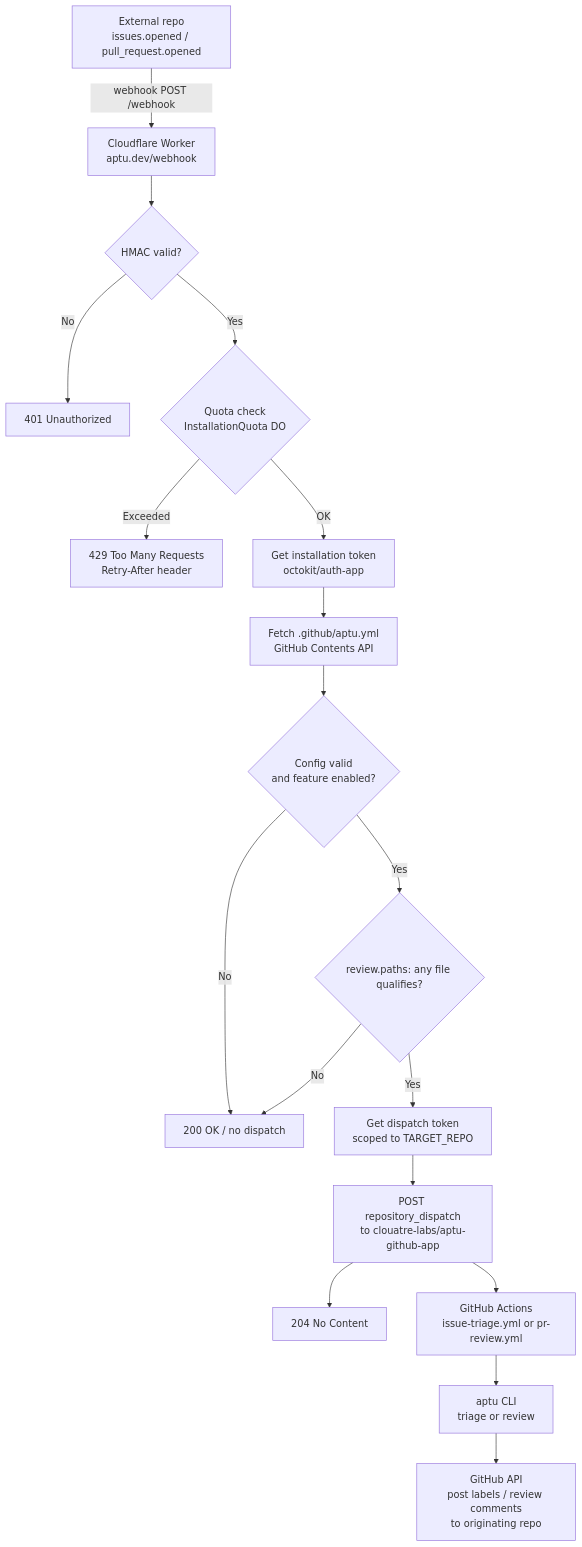
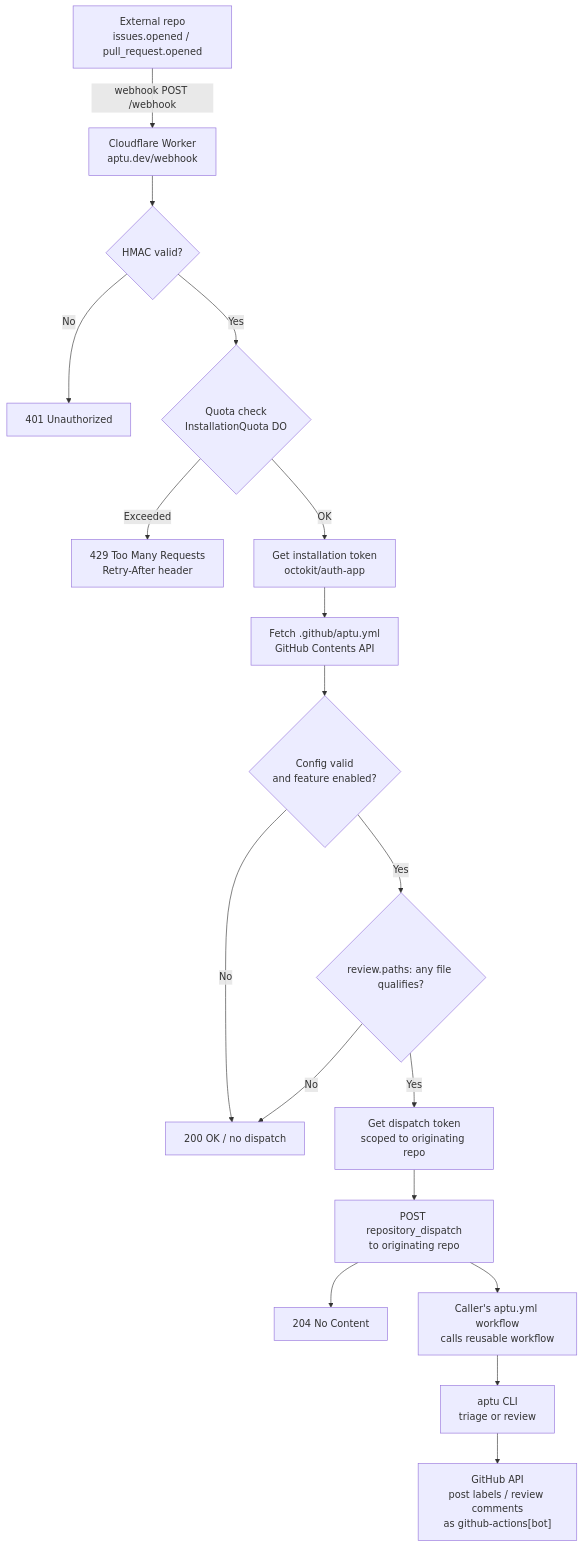
Before and after one commit to clouatre-labs/aptu-github-app: the first of 2 diagrams in docs/ARCHITECTURE.md, drawn with Mermaid. The commit also changed other lines of this file and 12 other files, not shown here.

First line of the commit message:
fix(security): migrate to true BYOK with caller-dispatched reusable workflows (#154) (#156)

````diff
--- a/docs/ARCHITECTURE.md
+++ b/docs/ARCHITECTURE.md
@@ -85,20 +87,20 @@
 ```mermaid
 graph TD
     A["External repo<br/>issues.opened / pull_request.opened"] -->|"webhook POST /webhook"| B["Cloudflare Worker<br/>aptu.dev/webhook"]
     B --> C{"HMAC valid?"}
     C -->|No| D["401 Unauthorized"]
     C -->|Yes| E{"Quota check<br/>InstallationQuota DO"}
     E -->|Exceeded| F["429 Too Many Requests<br/>Retry-After header"]
     E -->|OK| G["Get installation token<br/>octokit/auth-app"]
     G --> H["Fetch .github/aptu.yml<br/>GitHub Contents API"]
     H --> I{"Config valid<br/>and feature enabled?"}
     I -->|No| J["200 OK / no dispatch"]
     I -->|Yes| K{"review.paths: any file qualifies?"}
     K -->|No| J
-    K -->|Yes| L["Get dispatch token<br/>scoped to TARGET_REPO"]
-    L --> M["POST repository_dispatch<br/>to clouatre-labs/aptu-github-app"]
+    K -->|Yes| L["Get dispatch token<br/>scoped to originating repo"]
+    L --> M["POST repository_dispatch<br/>to originating repo"]
     M --> N["204 No Content"]
-    M --> O["GitHub Actions<br/>issue-triage.yml or pr-review.yml"]
+    M --> O["Caller's aptu.yml workflow<br/>calls reusable workflow"]
     O --> P["aptu CLI<br/>triage or review"]
-    P --> Q["GitHub API<br/>post labels / review comments<br/>to originating repo"]
+    P --> Q["GitHub API<br/>post labels / review comments<br/>as github-actions[bot]"]
 ```
````
